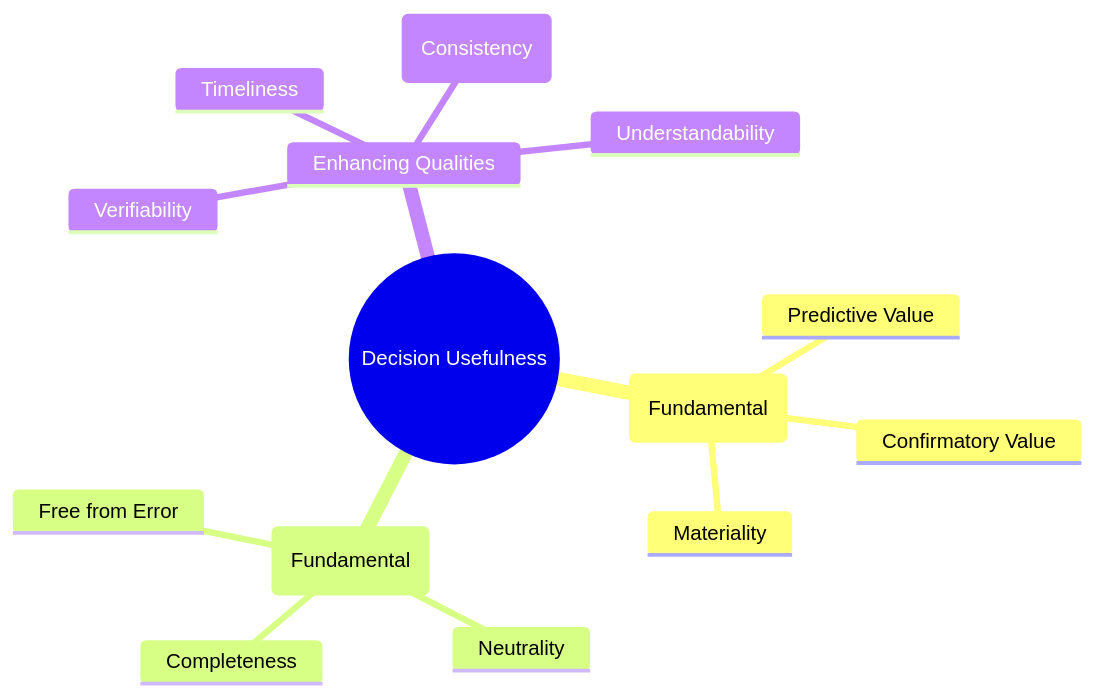
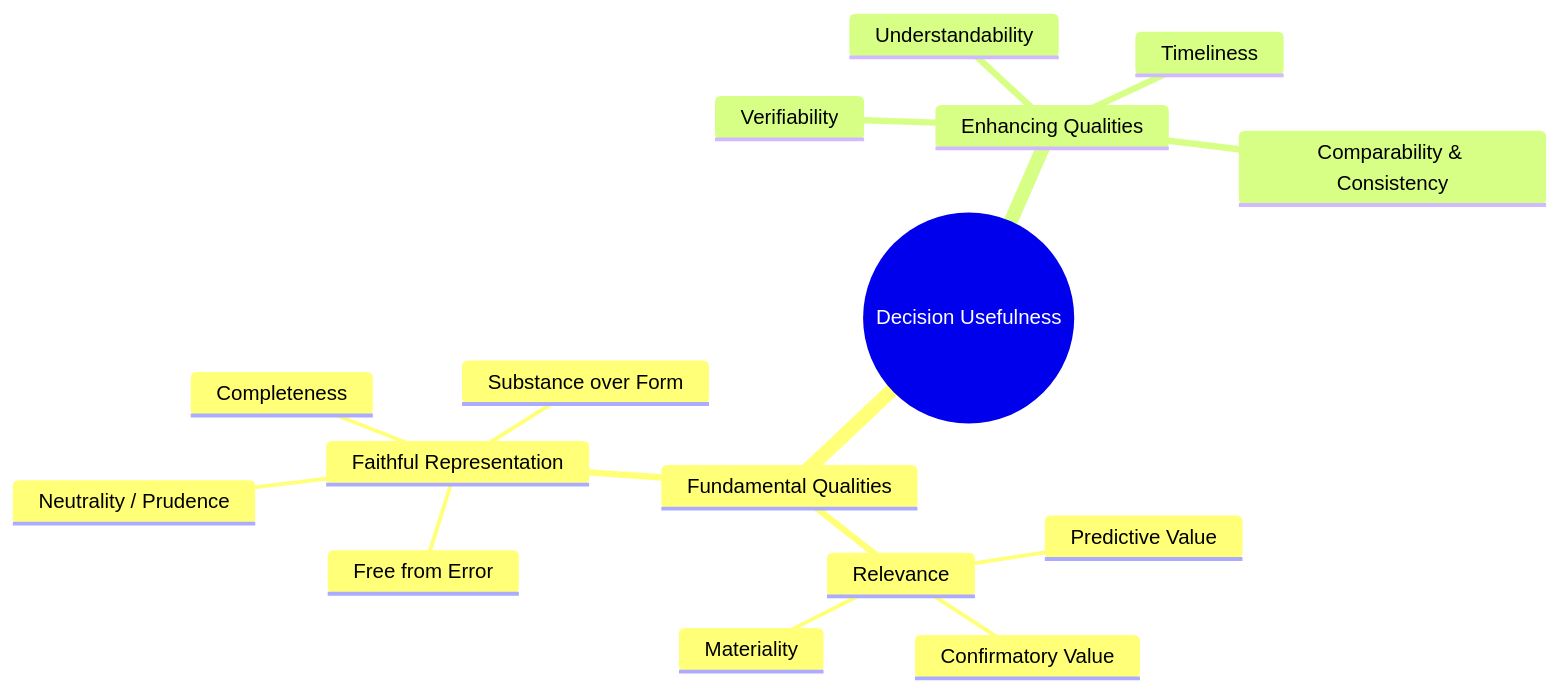
Before and after one commit to Soohaeib/shared-obsidian-notes: the fourth of 4 diagrams in note-res/ai-comprehension/acc-301-intermediate-accounting/phase-1/acc-301-notes-step-1.md, drawn with Mermaid. The commit also changed other lines of this file and 12 other files, not shown here.

````diff
--- a/note-res/ai-comprehension/acc-301-intermediate-accounting/phase-1/acc-301-notes-step-1.md
+++ b/note-res/ai-comprehension/acc-301-intermediate-accounting/phase-1/acc-301-notes-step-1.md
@@ -107,17 +81,19 @@
 ```mermaid
 mindmap
   root((Decision Usefulness))
-    Relevance (Fundamental)
-      Predictive Value
-      Confirmatory Value
-      Materiality
-    Faithful Representation (Fundamental)
-      Completeness
-      Neutrality
-      Free from Error
+    Fundamental Qualities
+      Relevance
+        Predictive Value
+        Confirmatory Value
+        Materiality
+      Faithful Representation
+        Completeness
+        Neutrality / Prudence
+        Free from Error
+        Substance over Form
     Enhancing Qualities
-      Comparability (Consistency)
+      Comparability & Consistency
       Verifiability
       Timeliness
       Understandability
 ```
````
